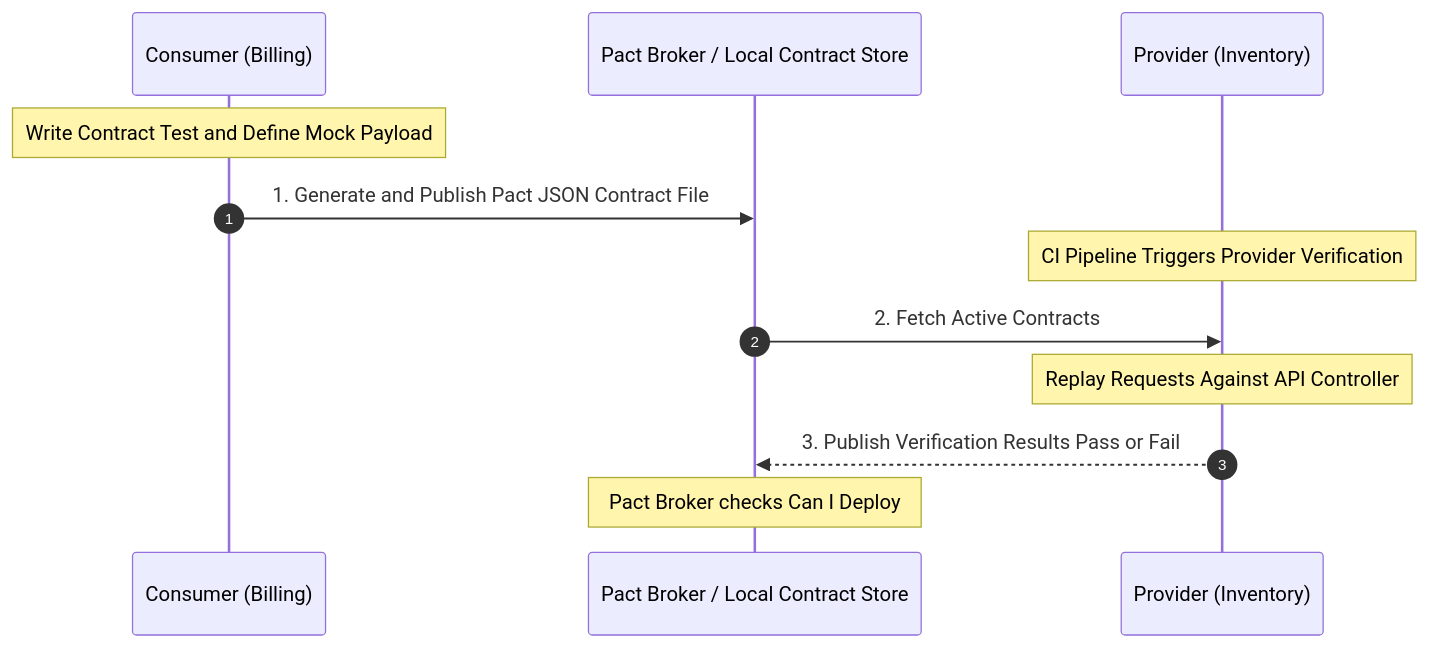
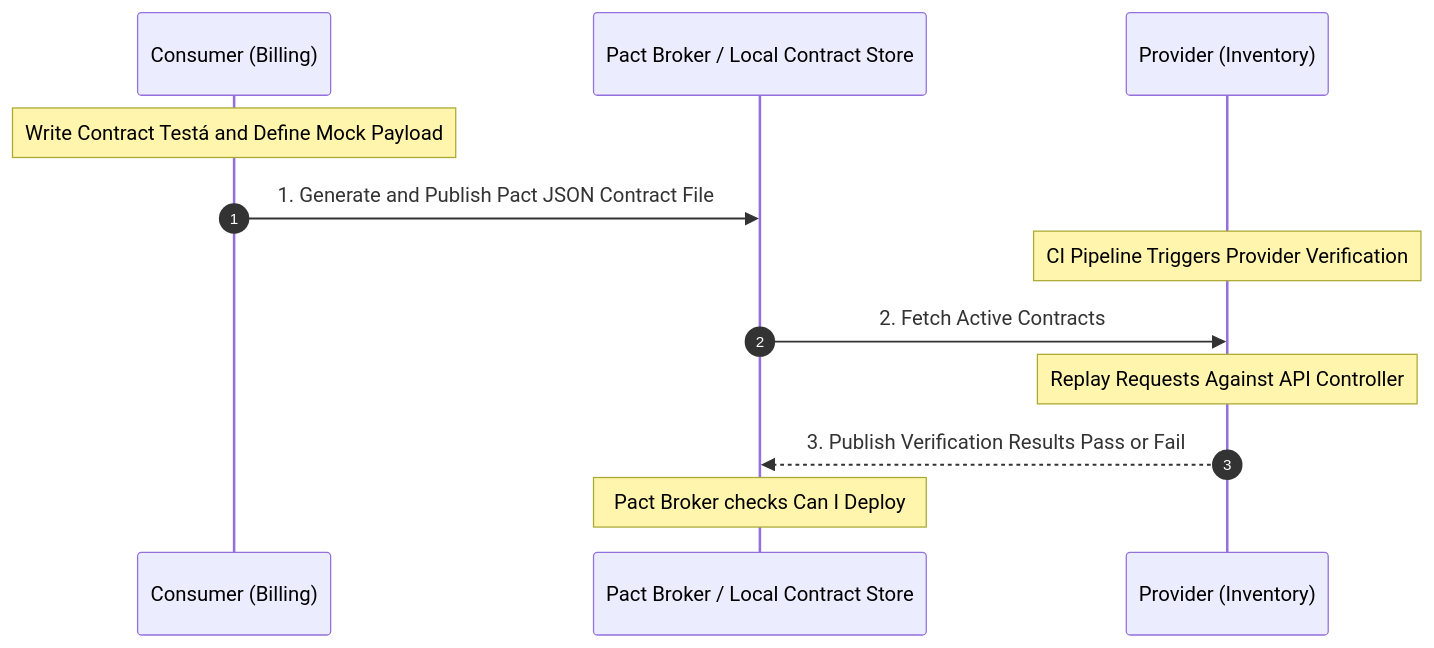
One commit to beyondnetcode/ums changed the diagram in architecture/artifacts-es/contract-testing-plan.md. Above: the diagram before and after it, drawn with Mermaid. The commit also changed other lines of this file and 187 other files, not shown here.

Commit message:
docs: synchronize and update architecture decision records, governance requirements, and operational documentation in Spanish and English

````diff
--- a/architecture/artifacts-es/contract-testing-plan.md
+++ b/architecture/artifacts-es/contract-testing-plan.md
@@ -21,15 +21,15 @@
 ```mermaid
 sequenceDiagram
     autonumber
     participant Cons as Consumer (Billing)
     participant Pact as Pact Broker / Local Contract Store
     participant Prov as Provider (Inventory)
 
-    Note over Cons: Write Contract Test and Define Mock Payload
+    Note over Cons: Write Contract Testá and Define Mock Payload
     Cons->>Pact: 1. Generate and Publish Pact JSON Contract File
     Note over Prov: CI Pipeline Triggers Provider Verification
     Pact->>Prov: 2. Fetch Active Contracts
     Note over Prov: Replay Requests Against API Controller
     Prov-->>Pact: 3. Publish Verification Results Pass or Fail
     Note over Pact: Pact Broker checks Can I Deploy
 ```
````
